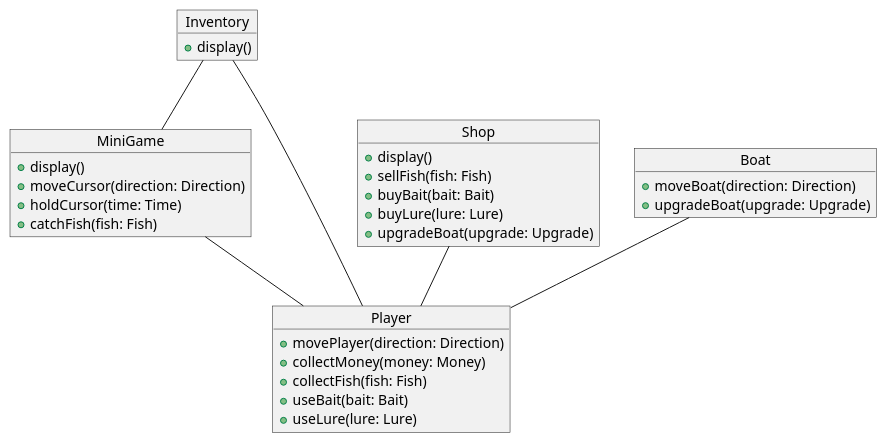
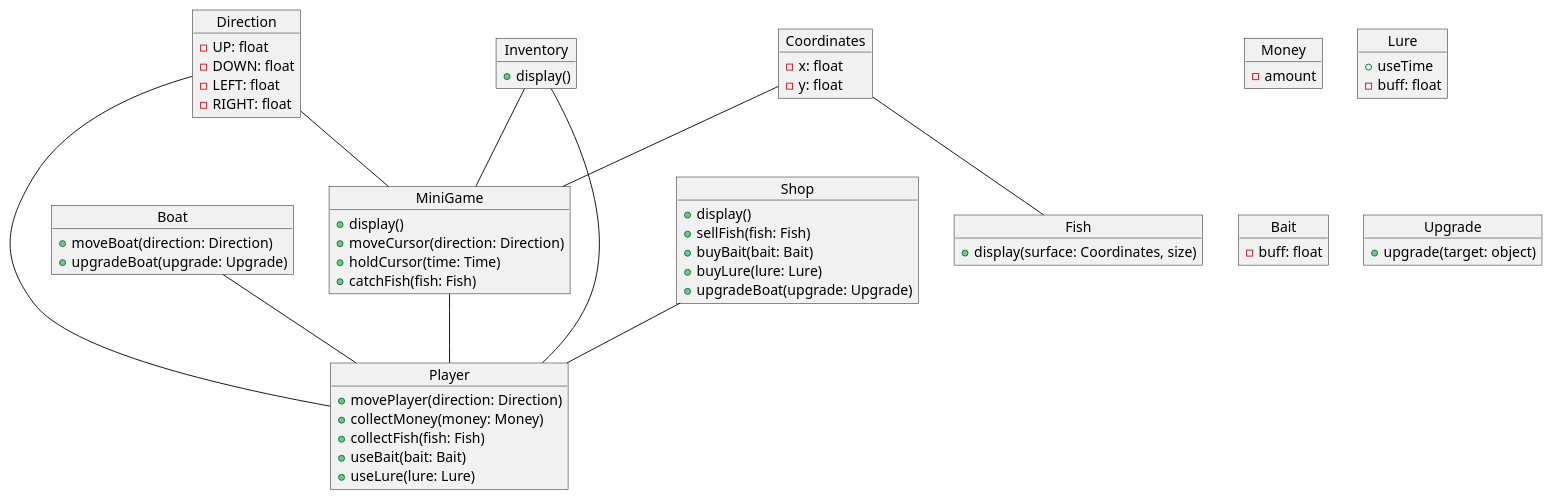
Before and after one commit to lenk6663/studying: the diagram in docs/diagrams/struct/objects_diagram.puml, drawn with PlantUML. The commit also changed 4 other files, not shown here.

Commit message:
Fixed stuct diagrams

```diff
--- a/docs/diagrams/struct/objects_diagram.puml
+++ b/docs/diagrams/struct/objects_diagram.puml
@@ -1,40 +1,77 @@
 @startuml Диаграмма объектов
 object Player {
-    + movePlayer(direction: Direction)
-    + collectMoney(money: Money)
-    + collectFish(fish: Fish)
-    + useBait(bait: Bait)
-    + useLure(lure: Lure)
+  + movePlayer(direction: Direction)
+  + collectMoney(money: Money)
+  + collectFish(fish: Fish)
+  + useBait(bait: Bait)
+  + useLure(lure: Lure)
 }
 
 object Boat {
-    + moveBoat(direction: Direction)
-    + upgradeBoat(upgrade: Upgrade)
+  + moveBoat(direction: Direction)
+  + upgradeBoat(upgrade: Upgrade)
 }
 
 object MiniGame {
-    + display()
-    + moveCursor(direction: Direction)
-    + holdCursor(time: Time)
-    + catchFish(fish: Fish)
+  + display()
+  + moveCursor(direction: Direction)
+  + holdCursor(time: Time)
+  + catchFish(fish: Fish)
 }
 
 object Shop {
-    + display()
-    + sellFish(fish: Fish)
-    + buyBait(bait: Bait)
-    + buyLure(lure: Lure)
-    + upgradeBoat(upgrade: Upgrade)
+  + display()
+  + sellFish(fish: Fish)
+  + buyBait(bait: Bait)
+  + buyLure(lure: Lure)
+  + upgradeBoat(upgrade: Upgrade)
 }
 
 object Inventory {
-    + display()
+  + display()
+}
+
+object Money {
+    - amount
+}
+
+object Fish {
+  + display(surface: Coordinates, size)
+}
+
+object Lure {
+  + useTime
+  - buff: float
+}
+
+object Bait {
+  - buff: float
+}
+
+object Upgrade {
+  + upgrade(target: object)
+}
+
+object Coordinates {
+  - x: float
+  - y: float
+}
+
+object Direction {
+  - UP: float
+  - DOWN: float
+  - LEFT: float
+  - RIGHT: float
 }
 
 Player -up- Boat
 Player -up- MiniGame
 MiniGame -up- Inventory
 Player -up- Shop
 Player -up- Inventory
+Fish -up- Coordinates
+MiniGame -up- Coordinates
+Player -up- Direction
+MiniGame -up- Direction
 
 @enduml
```
